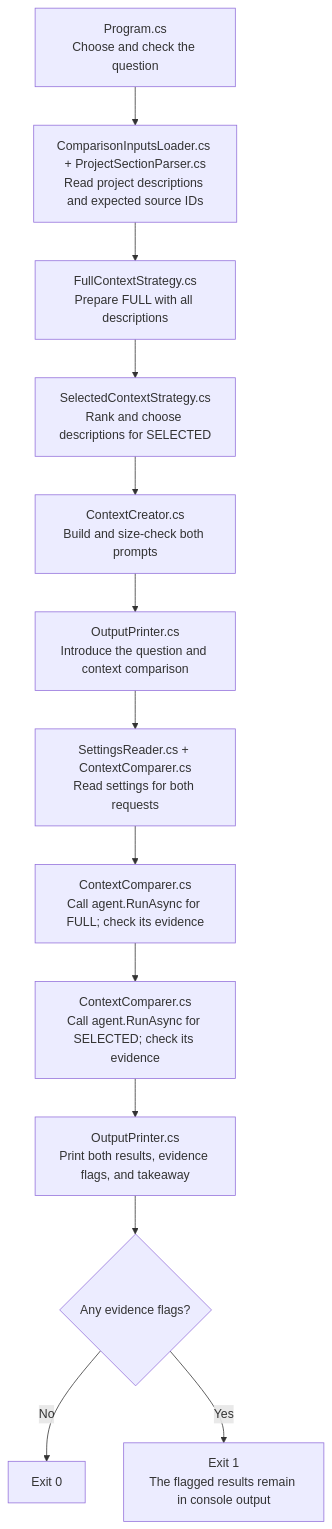
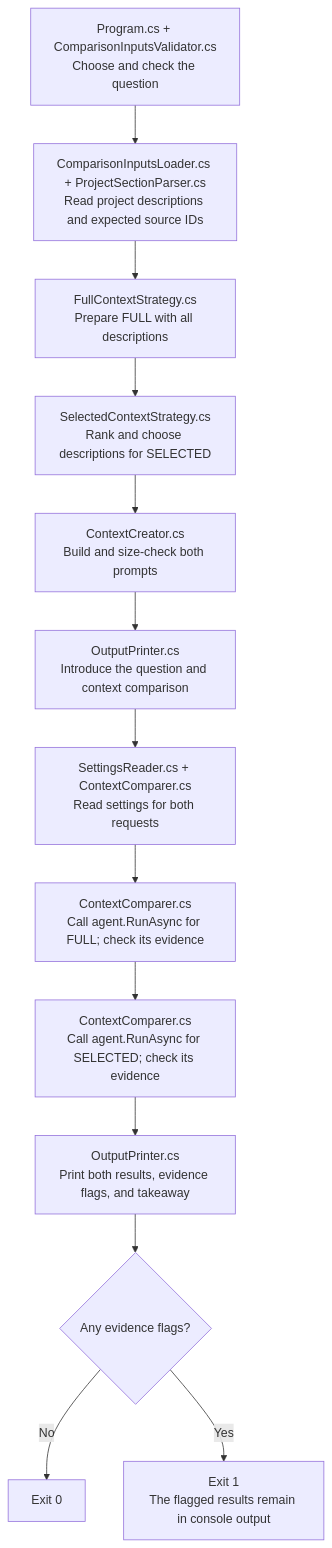
The diagram in 03-context-engineering/context-engineering/README.md (KhosroPakmanesh/ai-engineering-training), drawn with Mermaid before and after one commit. The commit also changed other lines of this file and 177 other files, not shown here.

````diff
--- a/03-context-engineering/context-engineering/README.md
+++ b/03-context-engineering/context-engineering/README.md
@@ -16,15 +16,15 @@
 ```mermaid
 flowchart TD
-    A["Program.cs<br/>Choose and check the question"] --> B["ComparisonInputsLoader.cs + ProjectSectionParser.cs<br/>Read project descriptions and expected source IDs"]
+    A["Program.cs + ComparisonInputsValidator.cs<br/>Choose and check the question"] --> B["ComparisonInputsLoader.cs + ProjectSectionParser.cs<br/>Read project descriptions and expected source IDs"]
     B --> C["FullContextStrategy.cs<br/>Prepare FULL with all descriptions"]
     C --> S["SelectedContextStrategy.cs<br/>Rank and choose descriptions for SELECTED"]
     S --> D["ContextCreator.cs<br/>Build and size-check both prompts"]
     D --> O["OutputPrinter.cs<br/>Introduce the question and context comparison"]
     O --> E["SettingsReader.cs + ContextComparer.cs<br/>Read settings for both requests"]
     E --> F["ContextComparer.cs<br/>Call agent.RunAsync for FULL; check its evidence"]
     F --> G["ContextComparer.cs<br/>Call agent.RunAsync for SELECTED; check its evidence"]
     G --> H["OutputPrinter.cs<br/>Print both results, evidence flags, and takeaway"]
     H --> I{"Any evidence flags?"}
     I -->|No| J["Exit 0"]
     I -->|Yes| K["Exit 1<br/>The flagged results remain in console output"]
 ```
````
